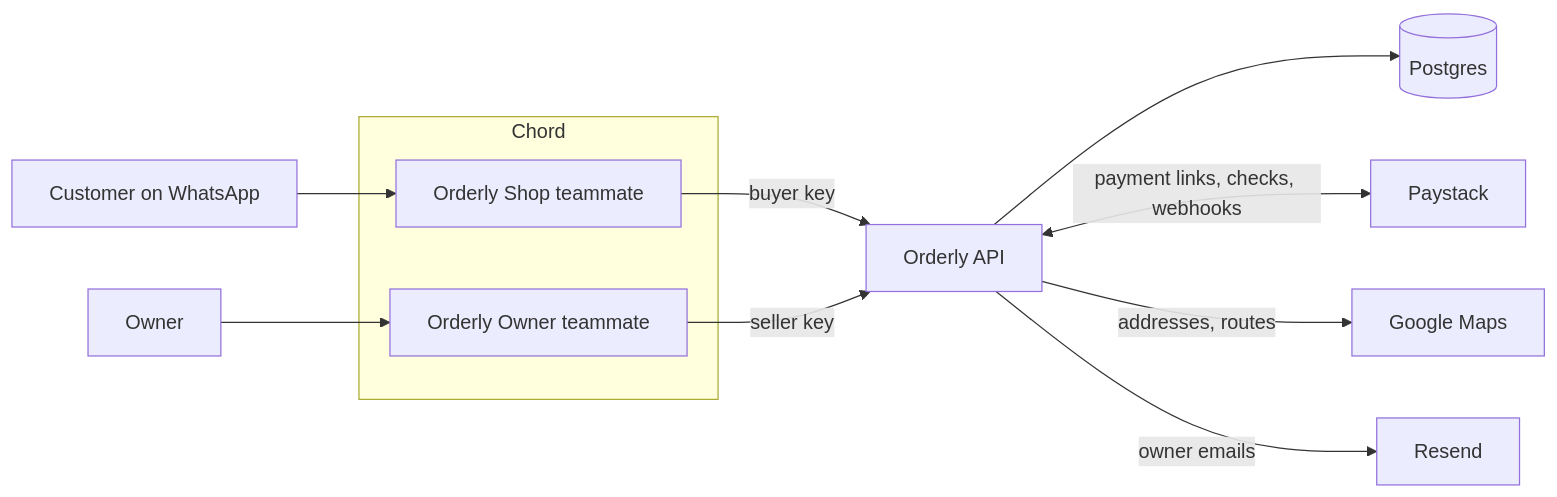
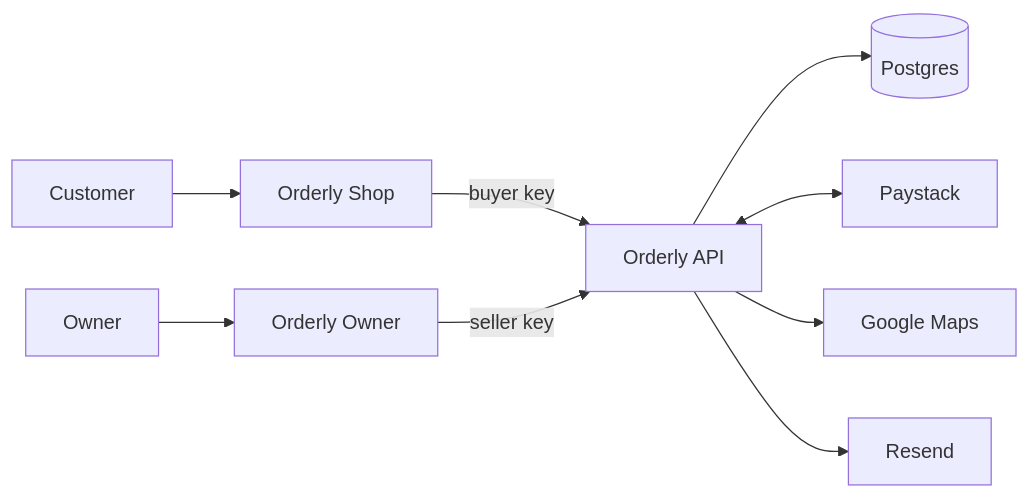
The diagram in README.md (samowolabi/orderly), drawn with Mermaid before and after one commit. The commit also changed other lines of this file and 15 other files, not shown here.

````diff
--- a/README.md
+++ b/README.md
@@ -33,15 +57,11 @@
 ```mermaid
 flowchart LR
-  C[Customer on WhatsApp] --> S
-  O[Owner] --> W
-  subgraph Chord
-    S[Orderly Shop teammate]
-    W[Orderly Owner teammate]
-  end
+  C[Customer] --> S[Orderly Shop]
+  O[Owner] --> W[Orderly Owner]
   S -->|buyer key| API[Orderly API]
   W -->|seller key| API
   API --> DB[(Postgres)]
-  API <-->|payment links, checks, webhooks| P[Paystack]
-  API -->|addresses, routes| G[Google Maps]
-  API -->|owner emails| R[Resend]
+  API <--> P[Paystack]
+  API --> G[Google Maps]
+  API --> R[Resend]
 ```
````
